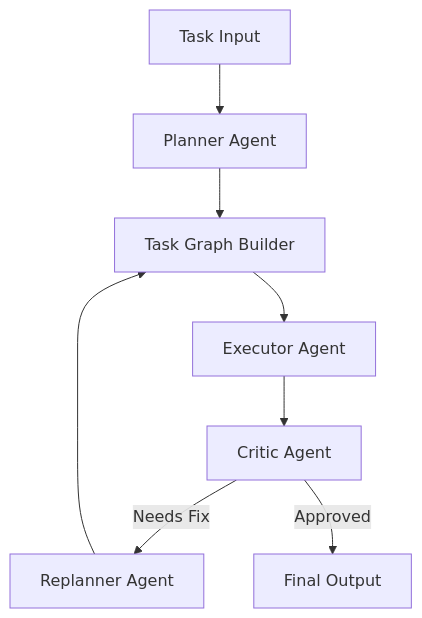
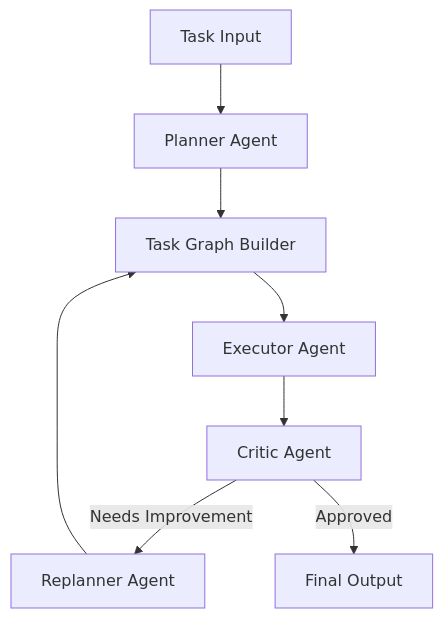
The second of 2 diagrams in README.md (kcsanjayj/kcsanjayj), drawn with Mermaid before and after one commit. The commit also changed other lines of this file, not shown here.

````diff
--- a/README.md
+++ b/README.md
@@ -118,10 +123,10 @@
 ```mermaid
 flowchart TD
     A[Task Input] --> B[Planner Agent]
     B --> C[Task Graph Builder]
     C --> D[Executor Agent]
     D --> E[Critic Agent]
-    E -->|Needs Fix| F[Replanner Agent]
+    E -->|Needs Improvement| F[Replanner Agent]
     F --> C
     E -->|Approved| G[Final Output]
 ```
````
